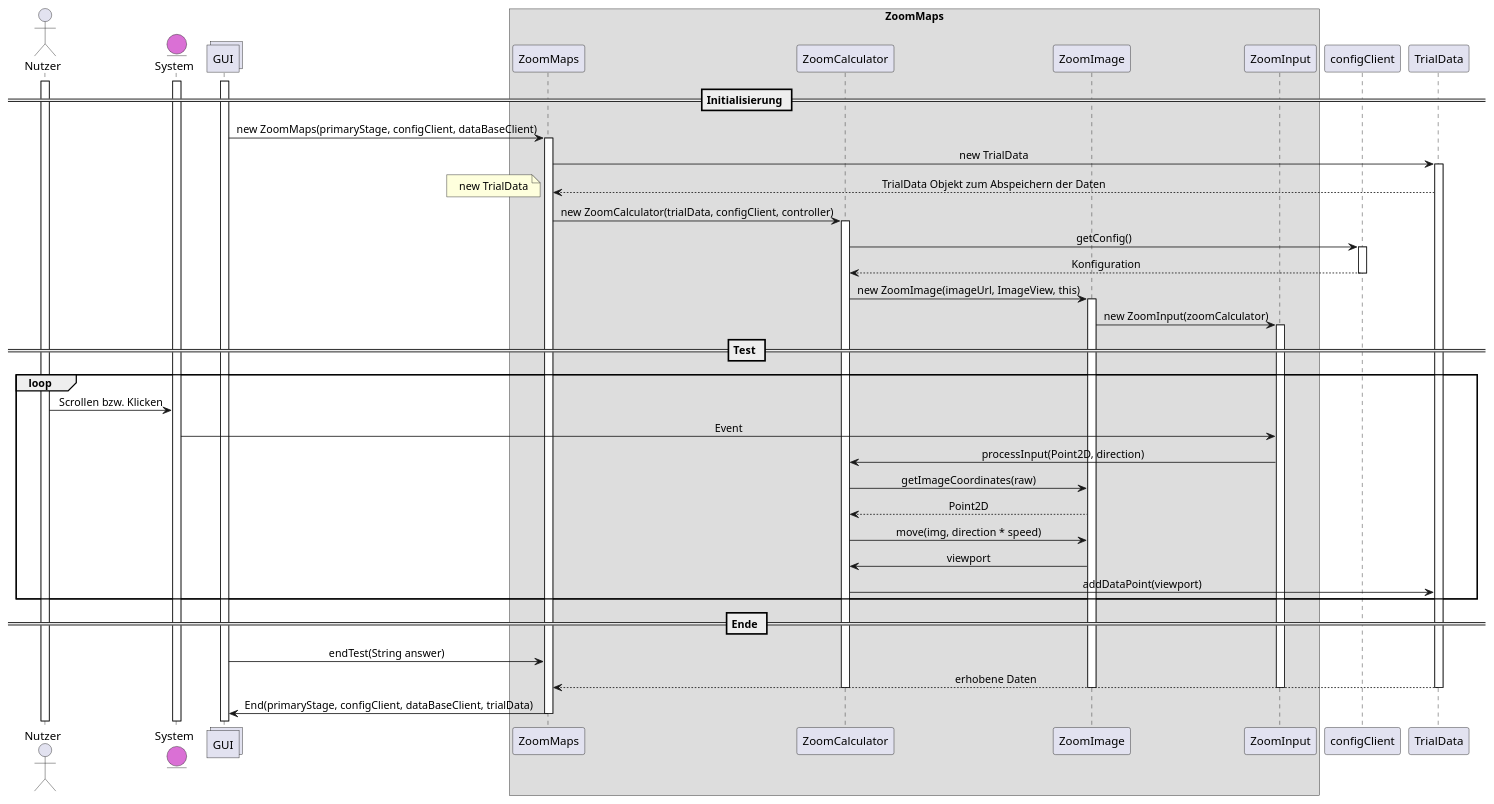
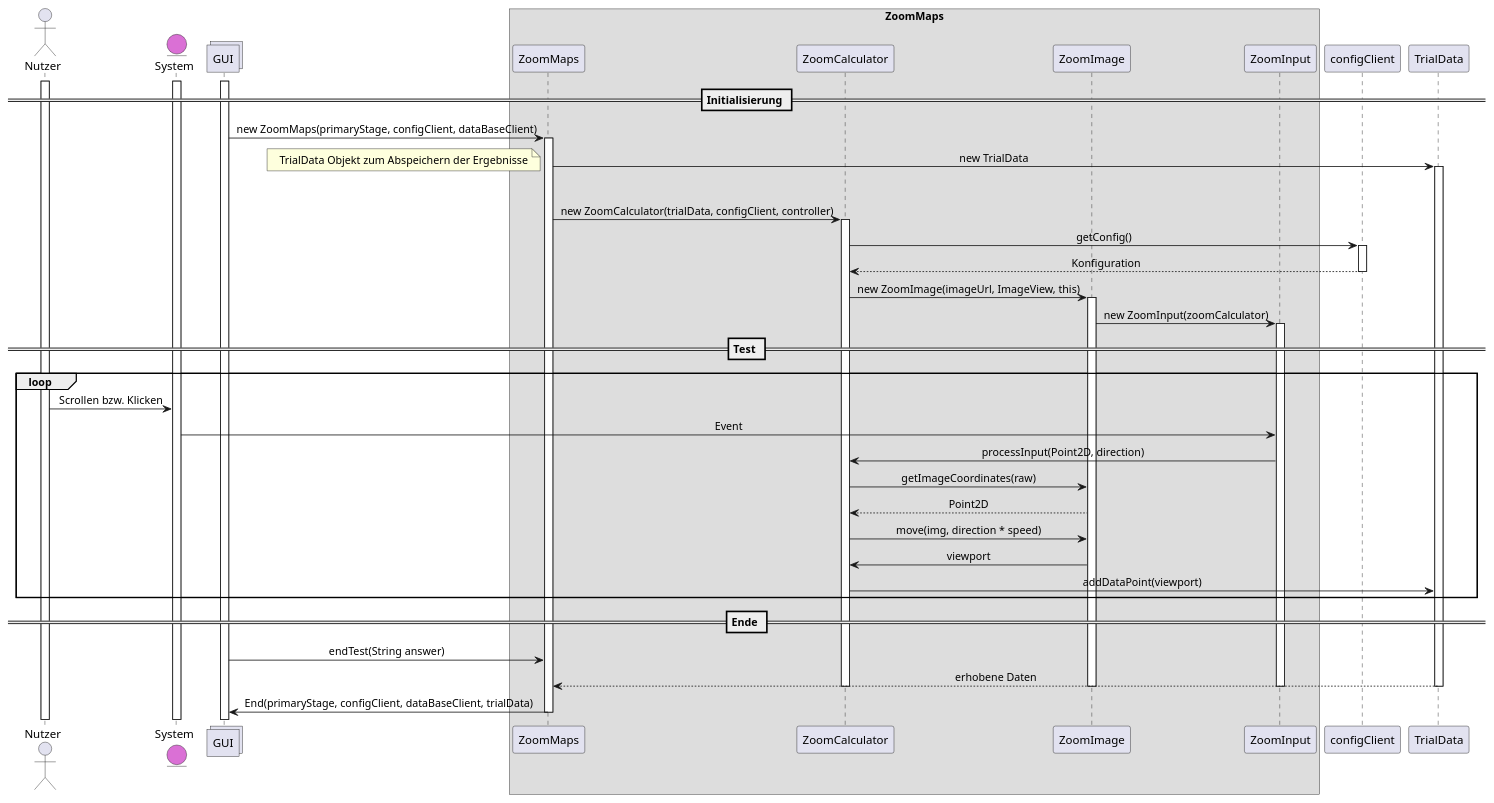
One commit to weichware-10/dokumente changed the diagram in uml-sequence/zoommaps/sequenz-zoommaps.puml. Above: the diagram before and after it, drawn with PlantUML.

```diff
--- a/uml-sequence/zoommaps/sequenz-zoommaps.puml
+++ b/uml-sequence/zoommaps/sequenz-zoommaps.puml
@@ -1,67 +1,66 @@
 @startuml zoommaps
 skinparam defaultTextAlignment center
 
 actor       Nutzer          as n
 entity      System          as s    #DA70D5
 collections GUI             as g
 
 box ZoomMaps
 
 participant ZoomMaps        as zm
 participant ZoomCalculator  as zc
 participant ZoomImage       as zb
 participant ZoomInput       as zi
 end box
 
 participant configClient    as c
 participant TrialData       as td
 
 activate n
 activate s
 activate g
 
 == Initialisierung ==
 g -> zm : new ZoomMaps(primaryStage, configClient, dataBaseClient)
 activate zm
 
 zm -> td : new TrialData
 activate td
-td --> zm : TrialData Objekt zum Abspeichern der Daten
-note left : new TrialData
+note left: TrialData Objekt zum Abspeichern der Ergebnisse
 deactivate c
 
 zm -> zc : new ZoomCalculator(trialData, configClient, controller)
 activate zc
 zc -> c : getConfig()
 activate c
 c --> zc : Konfiguration
 deactivate c
 zc -> zb : new ZoomImage(imageUrl, ImageView, this)
 activate zb
 zb -> zi : new ZoomInput(zoomCalculator)
 activate zi
 
 == Test ==
 loop
     n -> s : Scrollen bzw. Klicken
     s -> zi : Event
     zi -> zc : processInput(Point2D, direction)
     zc -> zb : getImageCoordinates(raw)
     zb --> zc : Point2D
     zc -> zb : move(img, direction * speed)
     zb -> zc : viewport
     zc -> td : addDataPoint(viewport)
 
 end
 
 == Ende ==
 g -> zm : endTest(String answer)
 td --> zm : erhobene Daten
 deactivate zb
 deactivate td
 deactivate zc
 deactivate zi
 zm -> g : End(primaryStage, configClient, dataBaseClient, trialData)
 deactivate zm
 
 @enduml
```
